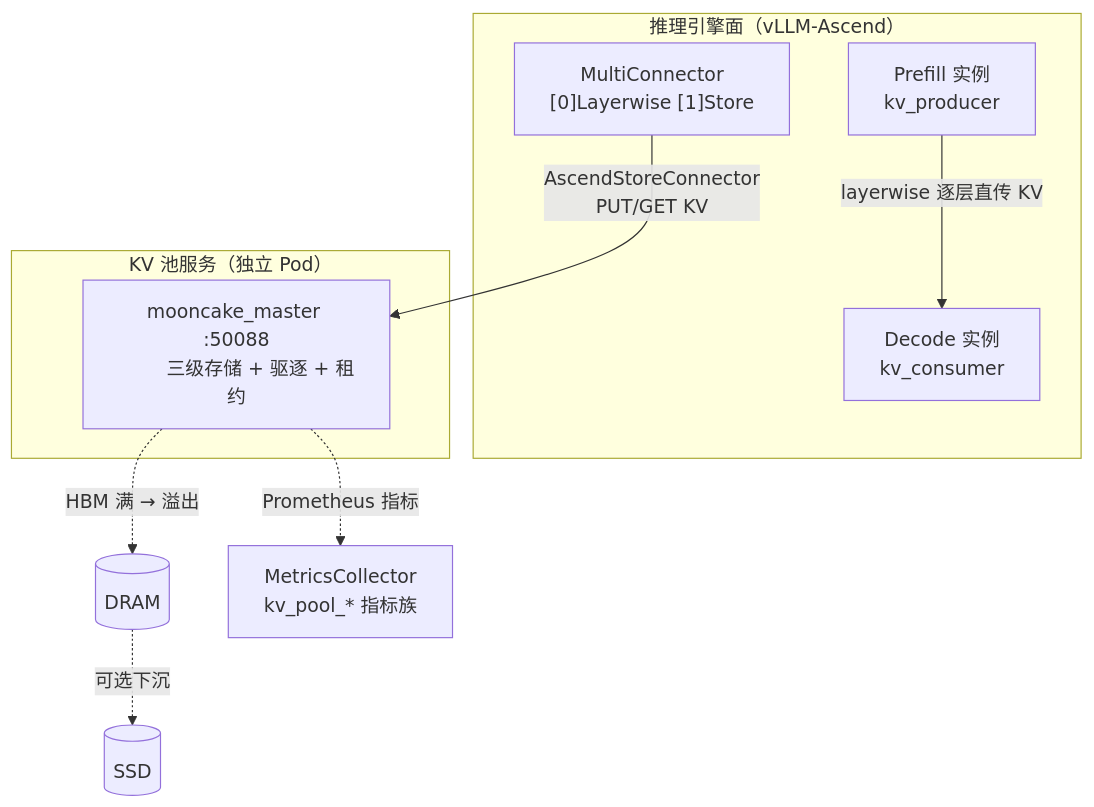
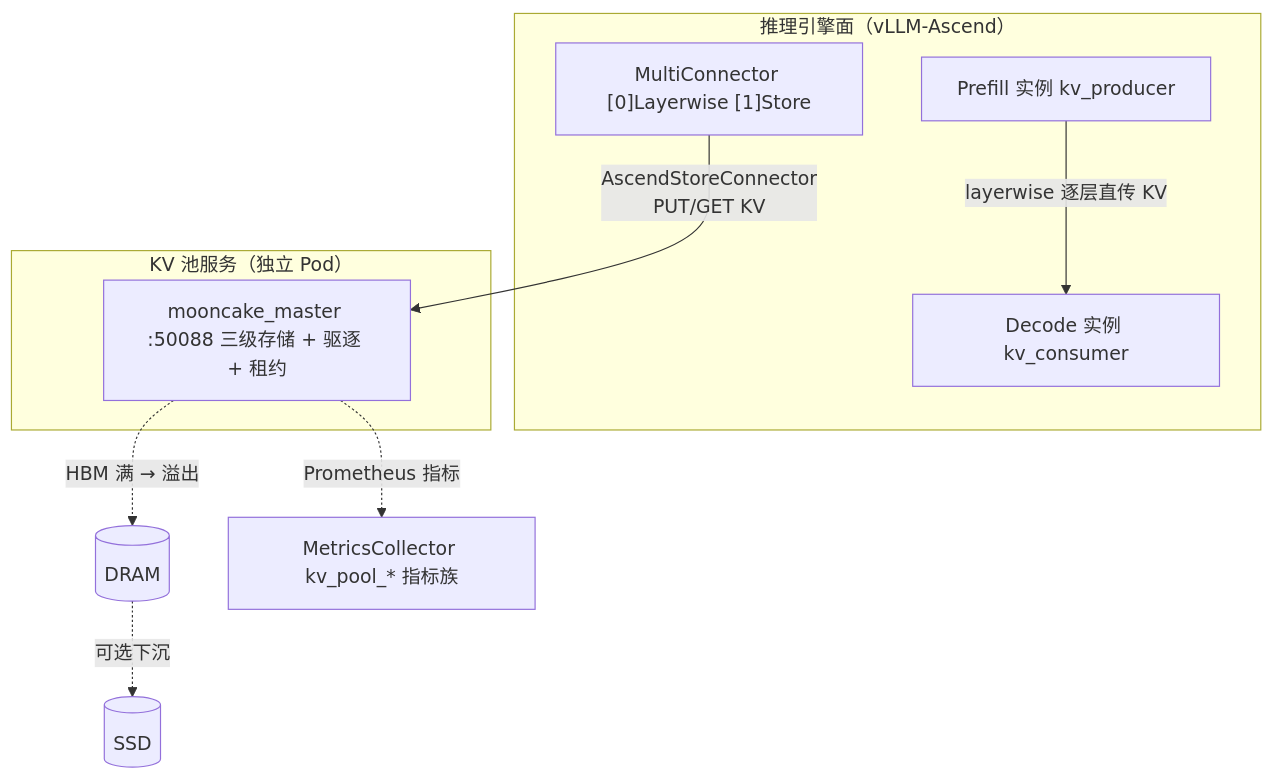
One commit to Lyr-GW/interview-docs changed the second of 3 diagrams in docs/topics/kv-cache-affinity.md. Above: the diagram before and after it, drawn with Mermaid. The commit also changed other lines of this file and 6 other files, not shown here.

Commit message:
fix: collapse multiline mermaid labels to single line

````diff
--- a/docs/topics/kv-cache-affinity.md
+++ b/docs/topics/kv-cache-affinity.md
@@ -133,22 +132,17 @@
 ```mermaid
 flowchart TB
     subgraph Engine["推理引擎面（vLLM-Ascend）"]
-        PE["Prefill 实例
-        kv_producer"]
-        DE["Decode 实例
-        kv_consumer"]
-        MC["MultiConnector
-        [0]Layerwise [1]Store"]
+        PE["Prefill 实例 kv_producer"]
+        DE["Decode 实例 kv_consumer"]
+        MC["MultiConnector [0]Layerwise [1]Store"]
     end
     subgraph Pool["KV 池服务（独立 Pod）"]
-        MM["mooncake_master :50088
-        三级存储 + 驱逐 + 租约"]
+        MM["mooncake_master :50088 三级存储 + 驱逐 + 租约"]
     end
     PE -->|"layerwise 逐层直传 KV"| DE
     MC -->|"AscendStoreConnector
         PUT/GET KV"| MM
     MM -.->|"HBM 满 → 溢出"| DRAM[(DRAM)]
     DRAM -.->|"可选下沉"| SSD[(SSD)]
-    MM -.->|"Prometheus 指标"| METRICS["MetricsCollector
-        kv_pool_* 指标族"]
+    MM -.->|"Prometheus 指标"| METRICS["MetricsCollector kv_pool_* 指标族"]
 ```
````
